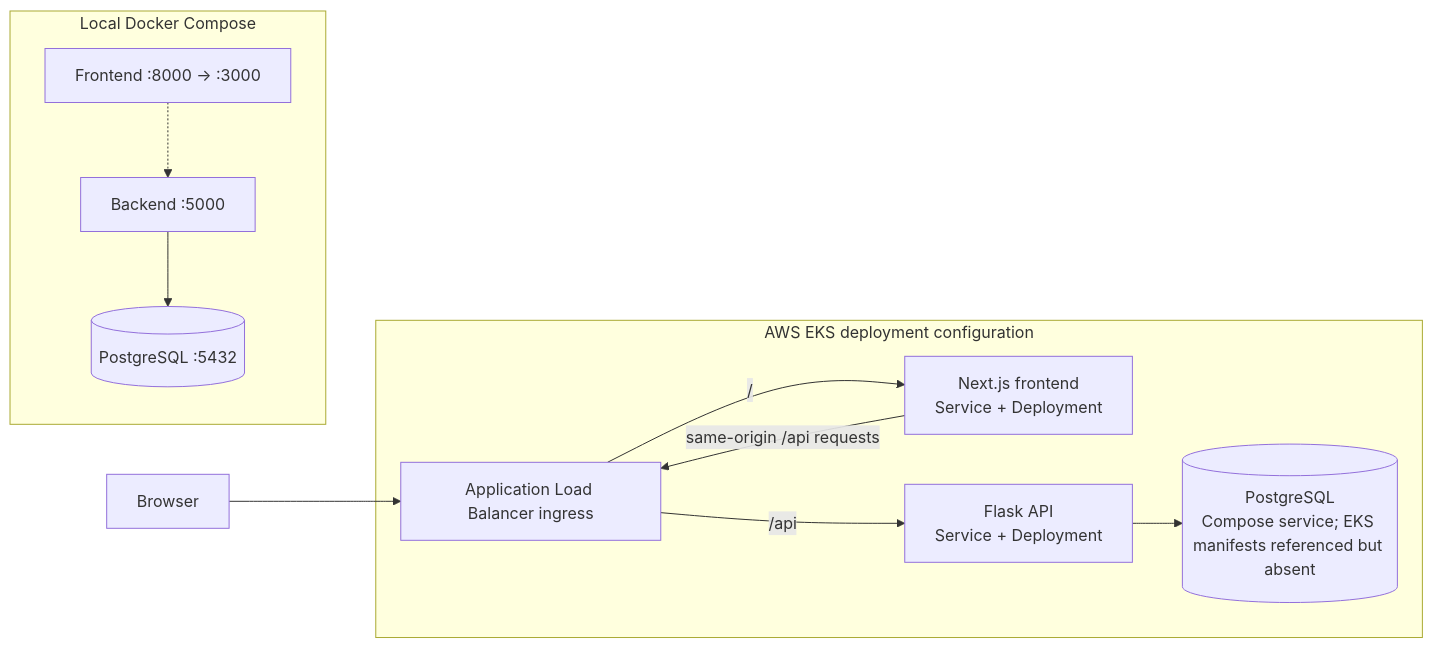
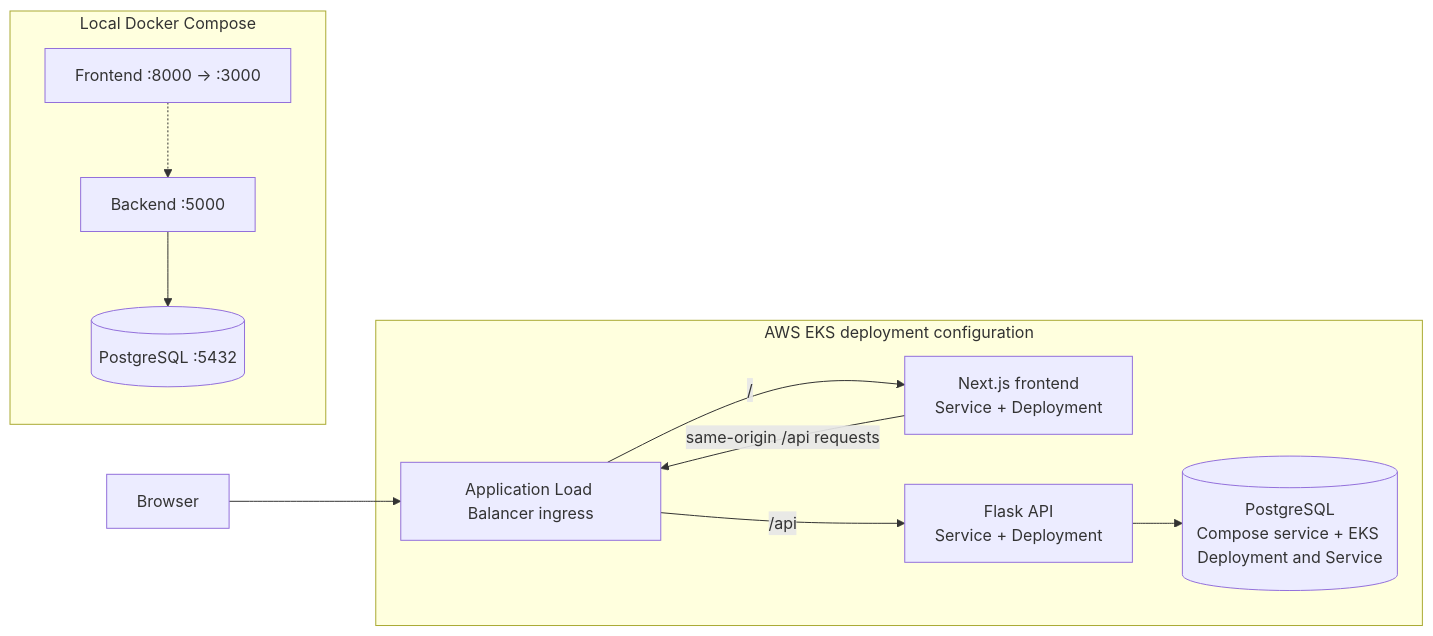
One commit to wejden123cherif/Summerinternship changed the diagram in README.md. Above: the diagram before and after it, drawn with Mermaid. The commit also changed other lines of this file, not shown here.

Commit message:
docs: correct Smartovate EKS deployment details

````diff
--- a/README.md
+++ b/README.md
@@ -9,22 +9,22 @@
 ```mermaid
 flowchart LR
     Browser[Browser]
     subgraph EKS[AWS EKS deployment configuration]
         ALB[Application Load Balancer ingress]
         Frontend[Next.js frontend<br/>Service + Deployment]
         Backend[Flask API<br/>Service + Deployment]
-        Database[(PostgreSQL<br/>Compose service; EKS manifests referenced but absent)]
+        Database[(PostgreSQL<br/>Compose service + EKS Deployment and Service)]
         ALB -->|/| Frontend
         ALB -->|/api| Backend
         Frontend -->|same-origin /api requests| ALB
         Backend --> Database
     end
     Browser --> ALB
     subgraph Local[Local Docker Compose]
         ComposeFrontend[Frontend :8000 → :3000]
         ComposeBackend[Backend :5000]
         ComposeDB[(PostgreSQL :5432)]
         ComposeFrontend -.-> ComposeBackend
         ComposeBackend --> ComposeDB
     end
 ```
````
